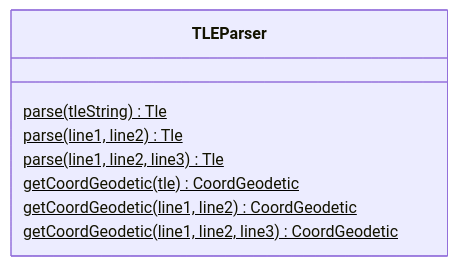
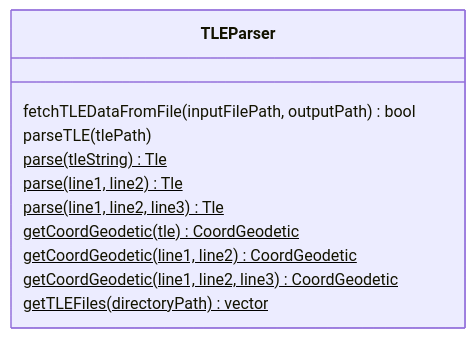
Before and after one commit to brosenthal140/satellite-coverage-tracker: the third of 12 diagrams in README.md, drawn with Mermaid. The commit also changed other lines of this file and 2 other files, not shown here.

Commit message:
refactor: moved fetchTLEDataFromFile and parsTLE to another section in the header and source file for TLEParser refactor: removes TLEParser constructor feat: adds getTLEFiles function which returns the paths to TLE files in the directory passed docs: updates README.md to add function declarations to diagrams

````diff
--- a/README.md
+++ b/README.md
@@ -82,11 +82,15 @@
 ```mermaid
 classDiagram
 class TLEParser {
+    fetchTLEDataFromFile(inputFilePath, outputPath) bool
+    parseTLE(tlePath)
+    
     parse(tleString)$ Tle
     parse(line1, line2)$ Tle
     parse(line1, line2, line3)$ Tle
     getCoordGeodetic(tle)$ CoordGeodetic
     getCoordGeodetic(line1, line2)$ CoordGeodetic
     getCoordGeodetic(line1, line2, line3)$ CoordGeodetic
+    getTLEFiles(directoryPath)$ vector<string>
 }
 ```
````
